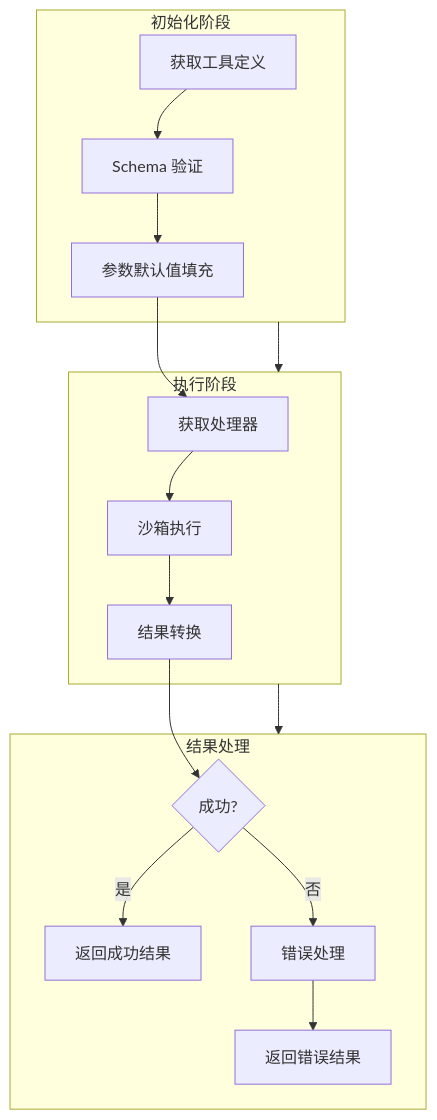
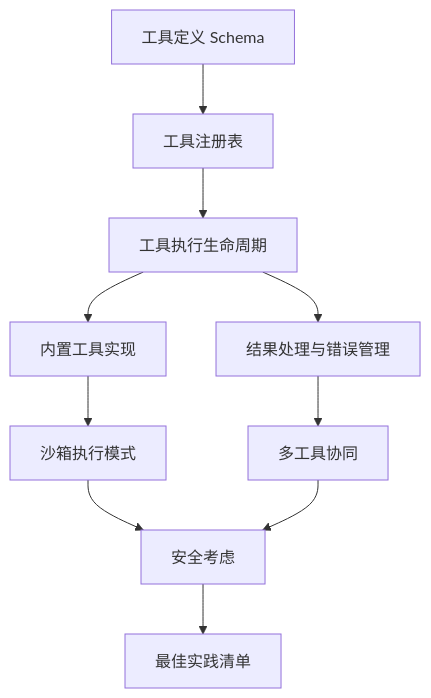
One commit to Shyu-x/frontend-interview changed the first of 8 diagrams in docs/agent/tools/tool-patterns.md. Above: the diagram before and after it, drawn with Mermaid. The commit also changed other lines of this file and 58 other files, not shown here.

````diff
--- a/docs/agent/tools/tool-patterns.md
+++ b/docs/agent/tools/tool-patterns.md
@@ -245,23 +19,12 @@
 ```mermaid
 flowchart TD
-    subgraph Init["初始化阶段"]
-        A[获取工具定义] --> B[Schema 验证]
-        B --> C[参数默认值填充]
-    end
-    
-    subgraph Execute["执行阶段"]
-        C --> D[获取处理器]
-        D --> E[沙箱执行]
-        E --> F[结果转换]
-    end
-    
-    subgraph Result["结果处理"]
-        F --> G{成功?}
-        G -->|是| H[返回成功结果]
-        G -->|否| I[错误处理]
-        I --> J[返回错误结果]
-    end
-    
-    Init --> Execute
-    Execute --> Result
+    A["工具定义 Schema"] --> B["工具注册表"]
+    B --> C["工具执行生命周期"]
+    C --> D["内置工具实现"]
+    C --> E["结果处理与错误管理"]
+    D --> F["沙箱执行模式"]
+    E --> G["多工具协同"]
+    F --> H["安全考虑"]
+    G --> H
+    H --> I["最佳实践清单"]
 ```
````
